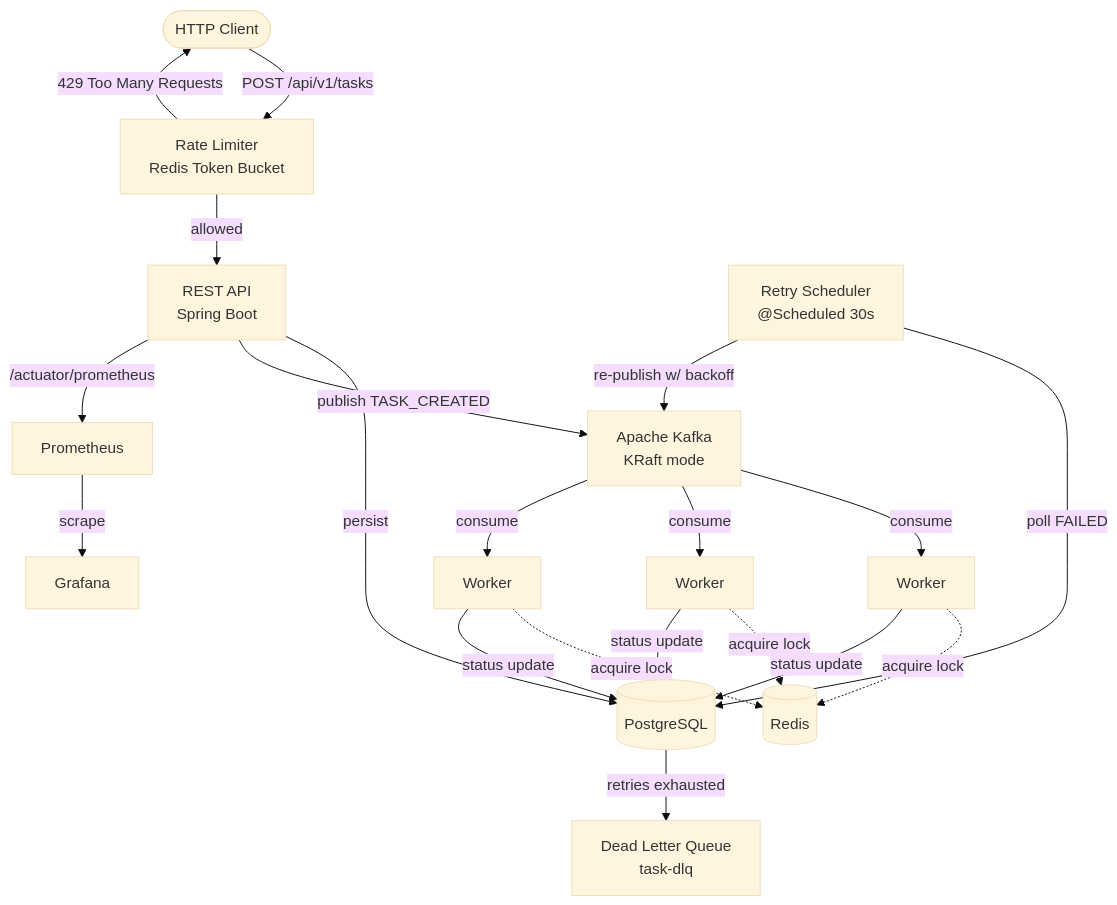
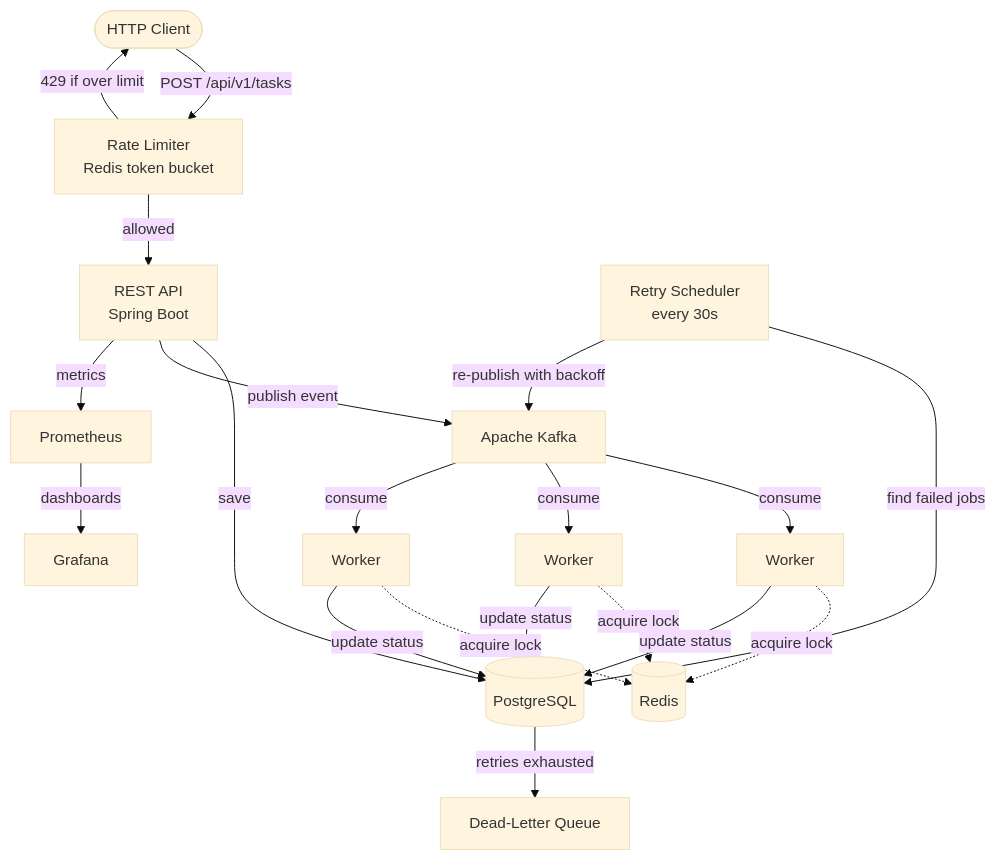
The diagram in README.md (PubuduGunasekara/distributed-task-scheduler), drawn with Mermaid (base theme) before and after one commit. The commit also changed other lines of this file, not shown here.

````diff
--- a/README.md
+++ b/README.md
@@ -13,27 +65,26 @@
 ```mermaid
 graph TB
-Client([HTTP Client]) -->|POST /api/v1/tasks| RL[Rate Limiter<br/>Redis Token Bucket]
-RL -->|429 Too Many Requests| Client
-RL -->|allowed| API[REST API<br/>Spring Boot]
-API -->|persist| DB[(PostgreSQL)]
-API -->|publish TASK_CREATED| K[Apache Kafka<br/>KRaft mode]
+    Client([HTTP Client]) -->|POST /api/v1/tasks| RL[Rate Limiter<br/>Redis token bucket]
+    RL -->|429 if over limit| Client
+    RL -->|allowed| API[REST API<br/>Spring Boot]
+    API -->|save| DB[(PostgreSQL)]
+    API -->|publish event| K[Apache Kafka]
 
     K -->|consume| W1[Worker]
     K -->|consume| W2[Worker]
     K -->|consume| W3[Worker]
 
     W1 -.acquire lock.-> R[(Redis)]
     W2 -.acquire lock.-> R
     W3 -.acquire lock.-> R
 
-    W1 -->|status update| DB
-    W2 -->|status update| DB
-    W3 -->|status update| DB
+    W1 -->|update status| DB
+    W2 -->|update status| DB
+    W3 -->|update status| DB
 
-    RS[Retry Scheduler<br/>@Scheduled 30s] -->|poll FAILED| DB
-    RS -->|re-publish w/ backoff| K
-    DB -->|retries exhausted| DLQ[Dead Letter Queue<br/>task-dlq]
+    RS[Retry Scheduler<br/>every 30s] -->|find failed jobs| DB
+    RS -->|re-publish with backoff| K
+    DB -->|retries exhausted| DLQ[Dead-Letter Queue]
 
-    API -->|/actuator/prometheus| P[Prometheus]
-    P -->|scrape| G[Grafana]
+    API -->|metrics| P[Prometheus] -->|dashboards| G[Grafana]
 ```
````
